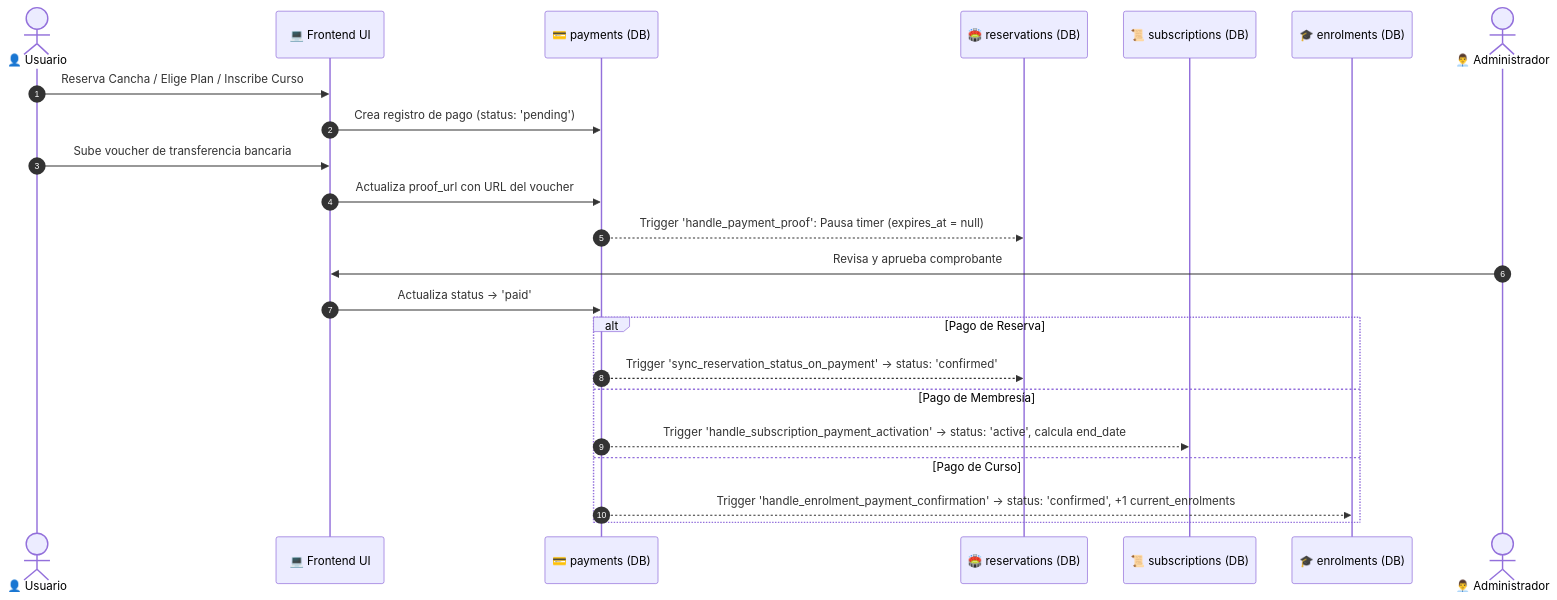
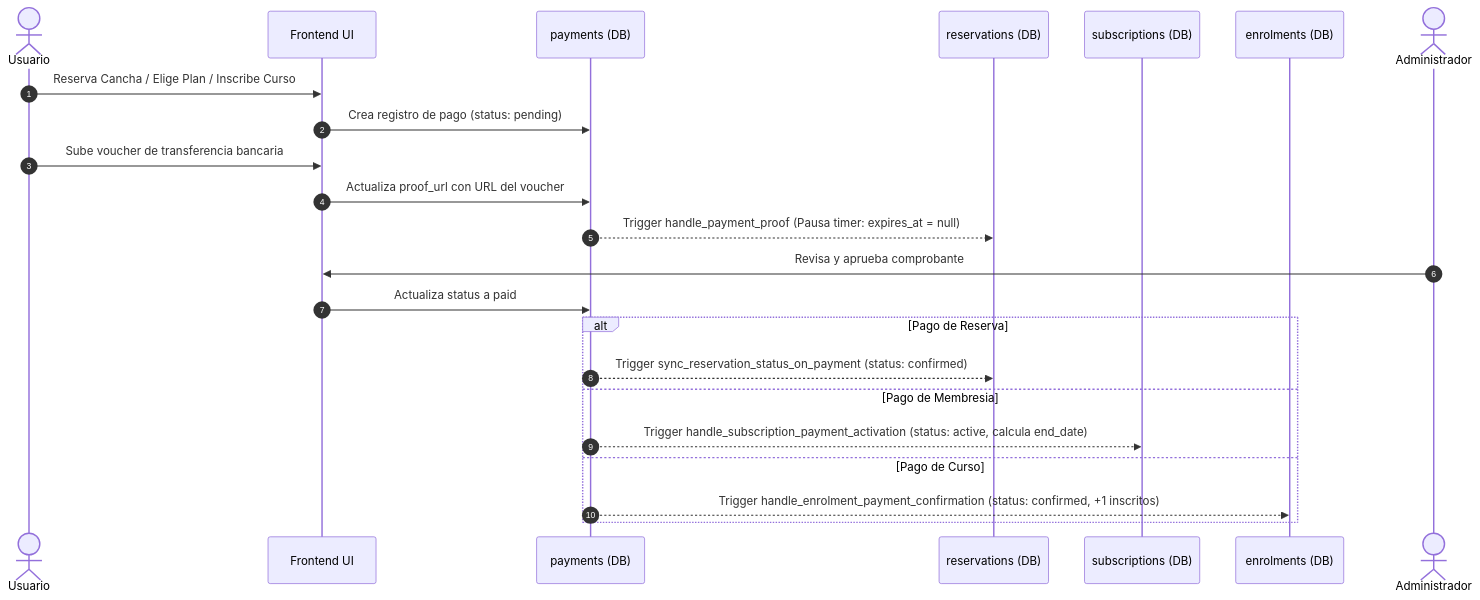
One commit to mariocrdev/reservaciones_sys changed the third of 3 diagrams in README.md. Above: the diagram before and after it, drawn with Mermaid. The commit also changed other lines of this file, not shown here.

Commit message:
feat: update diagrams and terminology in README for clarity and consistency

````diff
--- a/README.md
+++ b/README.md
@@ -338,28 +338,28 @@
 ```mermaid
 sequenceDiagram
     autonumber
-    actor User as 👤 Usuario
-    participant Frontend as 💻 Frontend UI
-    participant Payments as 💳 payments (DB)
-    participant Reservations as 🏟️ reservations (DB)
-    participant Subscriptions as 📜 subscriptions (DB)
-    participant Enrolments as 🎓 enrolments (DB)
-    actor Admin as 👨‍💼 Administrador
+    actor User as Usuario
+    participant Frontend as Frontend UI
+    participant Payments as payments (DB)
+    participant Reservations as reservations (DB)
+    participant Subscriptions as subscriptions (DB)
+    participant Enrolments as enrolments (DB)
+    actor Admin as Administrador
 
     User->>Frontend: Reserva Cancha / Elige Plan / Inscribe Curso
-    Frontend->>Payments: Crea registro de pago (status: 'pending')
+    Frontend->>Payments: Crea registro de pago (status: pending)
     User->>Frontend: Sube voucher de transferencia bancaria
     Frontend->>Payments: Actualiza proof_url con URL del voucher
-    Payments-->>Reservations: Trigger 'handle_payment_proof': Pausa timer (expires_at = null)
+    Payments-->>Reservations: Trigger handle_payment_proof (Pausa timer: expires_at = null)
     
     Admin->>Frontend: Revisa y aprueba comprobante
-    Frontend->>Payments: Actualiza status -> 'paid'
+    Frontend->>Payments: Actualiza status a paid
     
     alt Pago de Reserva
-        Payments-->>Reservations: Trigger 'sync_reservation_status_on_payment' -> status: 'confirmed'
-    else Pago de Membresía
-        Payments-->>Subscriptions: Trigger 'handle_subscription_payment_activation' -> status: 'active', calcula end_date
+        Payments-->>Reservations: Trigger sync_reservation_status_on_payment (status: confirmed)
+    else Pago de Membresia
+        Payments-->>Subscriptions: Trigger handle_subscription_payment_activation (status: active, calcula end_date)
     else Pago de Curso
-        Payments-->>Enrolments: Trigger 'handle_enrolment_payment_confirmation' -> status: 'confirmed', +1 current_enrolments
+        Payments-->>Enrolments: Trigger handle_enrolment_payment_confirmation (status: confirmed, +1 inscritos)
     end
 ```
````
